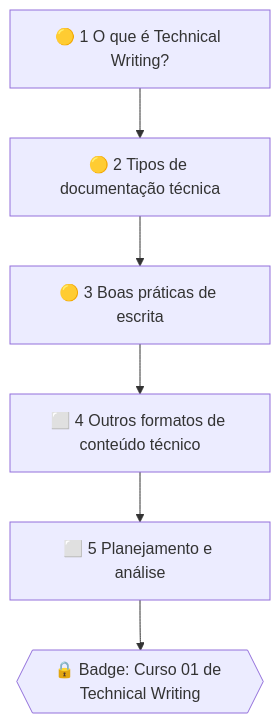
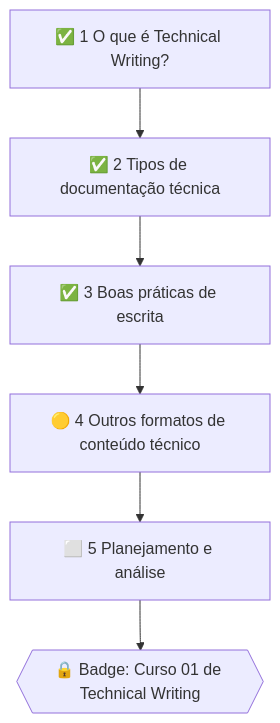
One commit to letsprown-code/po-learning-journal changed the fifth of 5 diagrams in mapa-de-estudos.md. Above: the diagram before and after it, drawn with Mermaid. The commit also changed other lines of this file and 4 other files, not shown here.

First line of the commit message:
Alura TW 01 aula 4: Outros formatos de conteúdo técnico (nota, FAQ das Caixinhas, glossário, mapa)

```diff
--- a/mapa-de-estudos.md
+++ b/mapa-de-estudos.md
@@ -147,6 +147,6 @@
 ~~~mermaid
 flowchart TD
-    A1["🟡 1 O que é Technical Writing?"] --> A2["🟡 2 Tipos de documentação técnica"] --> A3["🟡 3 Boas práticas de escrita"]
-    A3 --> A4["⬜ 4 Outros formatos de conteúdo técnico"] --> A5["⬜ 5 Planejamento e análise"]
+    A1["✅ 1 O que é Technical Writing?"] --> A2["✅ 2 Tipos de documentação técnica"] --> A3["✅ 3 Boas práticas de escrita"]
+    A3 --> A4["🟡 4 Outros formatos de conteúdo técnico"] --> A5["⬜ 5 Planejamento e análise"]
     A5 --> B{{"🔒 Badge: Curso 01 de Technical Writing"}}
 ~~~
```
